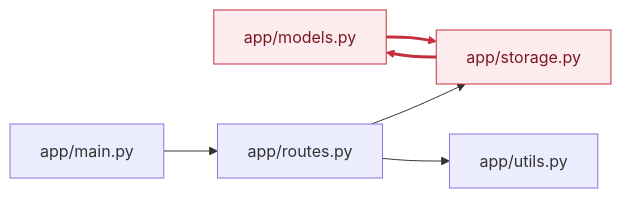
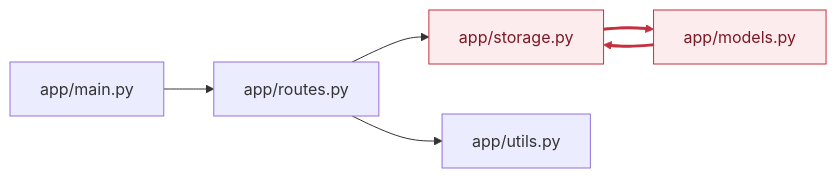
The diagram in examples/python-todo-api/docs/codemap/dependency-graph.md (hxxnn/codemap), drawn with Mermaid before and after one commit. The commit also changed other lines of this file and 45 other files, not shown here.

````diff
--- a/examples/python-todo-api/docs/codemap/dependency-graph.md
+++ b/examples/python-todo-api/docs/codemap/dependency-graph.md
@@ -14,16 +14,16 @@
 ```mermaid
 flowchart LR
-  n3["app/models.py"]:::cycle
-  n4["app/storage.py"]:::cycle
-  n1["app/main.py"]
-  n2["app/routes.py"]
-  n5["app/utils.py"]
-  n3 --> n4
-  n4 --> n3
-  n1 --> n2
-  n2 --> n4
-  n2 --> n5
+  storage["app/storage.py"]:::cycle
+  models["app/models.py"]:::cycle
+  main["app/main.py"]
+  routes["app/routes.py"]
+  utils["app/utils.py"]
+  storage --> models
+  models --> storage
+  main --> routes
+  routes --> storage
+  routes --> utils
   linkStyle 0 stroke:#C62F3E,stroke-width:3px
   linkStyle 1 stroke:#C62F3E,stroke-width:3px
   classDef cycle fill:#FDECEE,stroke:#C62F3E,color:#7A1823
 ```
````
